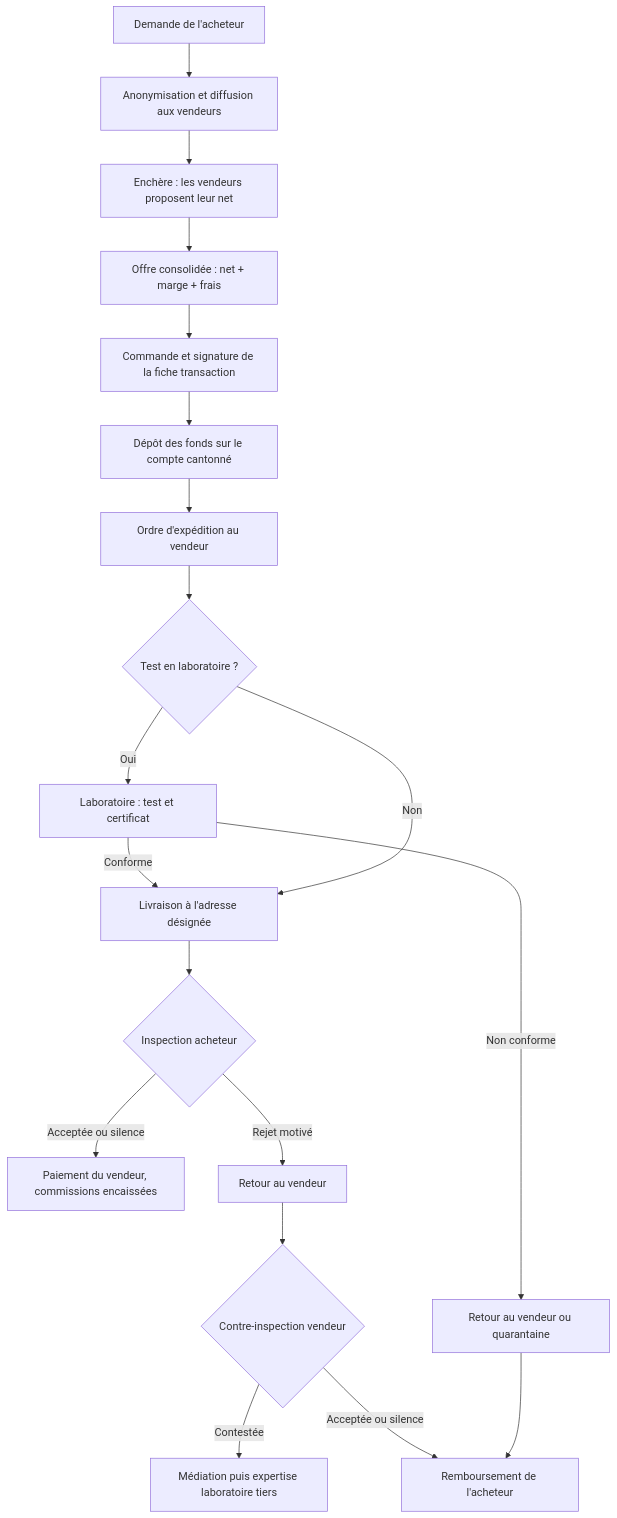
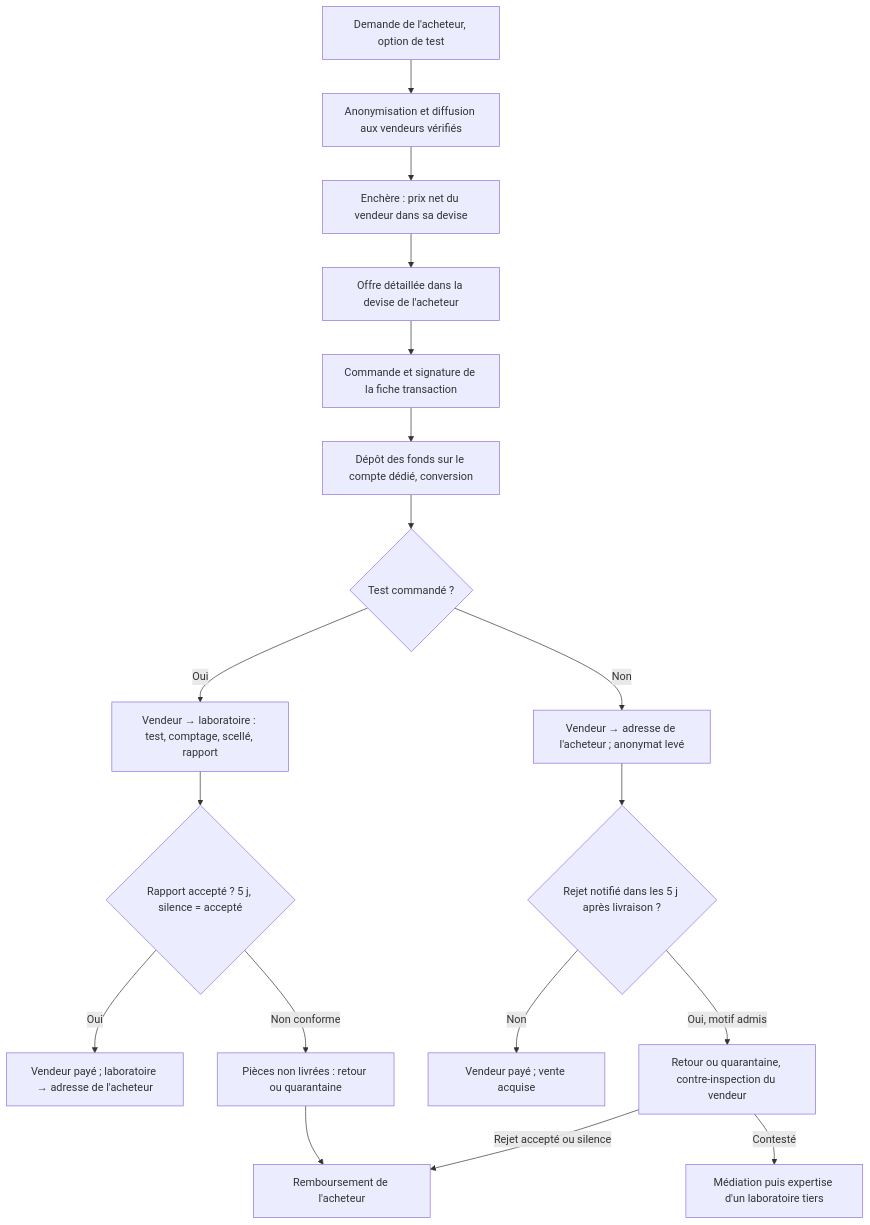
One commit to Bertier-Adesio/central-parts changed the diagram in docs/vision/opportunity.md. Above: the diagram before and after it, drawn with Mermaid. The commit also changed other lines of this file and 27 other files, not shown here.

First line of the commit message:
Retire « escrow » du public, passe au yuan offshore (CNH) et aligne la vision sur les décisions du 11 octobre

````diff
--- a/docs/vision/opportunity.md
+++ b/docs/vision/opportunity.md
@@ -39,21 +44,20 @@
 ```mermaid
 flowchart TD
-    A[Demande de l'acheteur] --> B[Anonymisation et diffusion aux vendeurs]
-    B --> C[Enchère : les vendeurs proposent leur net]
-    C --> D[Offre consolidée : net + marge + frais]
+    A[Demande de l'acheteur, option de test] --> B[Anonymisation et diffusion aux vendeurs vérifiés]
+    B --> C[Enchère : prix net du vendeur dans sa devise]
+    C --> D[Offre détaillée dans la devise de l'acheteur]
     D --> E[Commande et signature de la fiche transaction]
-    E --> F[Dépôt des fonds sur le compte cantonné]
-    F --> G[Ordre d'expédition au vendeur]
-    G --> H{Test en laboratoire ?}
-    H -- Oui --> I[Laboratoire : test et certificat]
-    I -- Conforme --> J[Livraison à l'adresse désignée]
-    I -- Non conforme --> R[Retour au vendeur ou quarantaine]
-    H -- Non --> J
-    J --> K{Inspection acheteur}
-    K -- Acceptée ou silence --> L[Paiement du vendeur, commissions encaissées]
-    K -- Rejet motivé --> M[Retour au vendeur]
-    M --> N{Contre-inspection vendeur}
-    N -- Acceptée ou silence --> O[Remboursement de l'acheteur]
-    N -- Contestée --> P[Médiation puis expertise laboratoire tiers]
-    R --> O
+    E --> F[Dépôt des fonds sur le compte dédié, conversion]
+    F --> H{Test commandé ?}
+    H -- Oui --> I[Vendeur → laboratoire : test, comptage, scellé, rapport]
+    I --> IA{Rapport accepté ? 5 j, silence = accepté}
+    IA -- Oui --> L[Vendeur payé ; laboratoire → adresse de l'acheteur]
+    IA -- Non conforme --> R[Pièces non livrées : retour ou quarantaine]
+    R --> O[Remboursement de l'acheteur]
+    H -- Non --> G[Vendeur → adresse de l'acheteur ; anonymat levé]
+    G --> K{Rejet notifié dans les 5 j après livraison ?}
+    K -- Non --> L2[Vendeur payé ; vente acquise]
+    K -- Oui, motif admis --> M[Retour ou quarantaine, contre-inspection du vendeur]
+    M -- Rejet accepté ou silence --> O
+    M -- Contesté --> P[Médiation puis expertise d'un laboratoire tiers]
 ```
````
